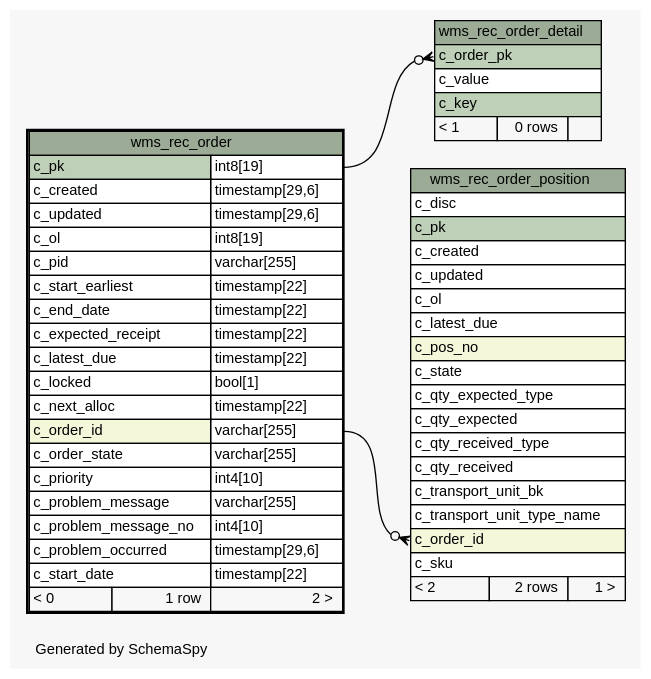
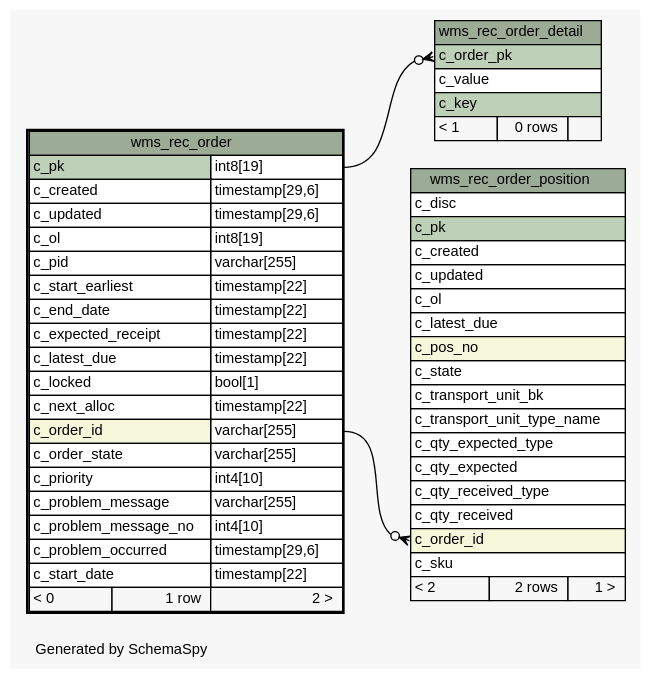
Before and after one commit to openwms/org.openwms.wms.receiving.lib: the diagram in 1.0.0-SNAPSHOT/schemaspy/diagrams/wms_rec_order.1degree.dot, drawn with Graphviz. The commit also changed other lines of this file and 329 other files, not shown here.

```diff
--- a/1.0.0-SNAPSHOT/schemaspy/diagrams/wms_rec_order.1degree.dot
+++ b/1.0.0-SNAPSHOT/schemaspy/diagrams/wms_rec_order.1degree.dot
@@ -1,88 +1,88 @@
 // dot 2.43.0 on Linux 5.8.0-1041-azure
 // SchemaSpy rev Unknown
 digraph "oneDegreeRelationshipsDiagram" {
   graph [
     rankdir="RL"
     bgcolor="#f7f7f7"
     label="\nGenerated by SchemaSpy"
     labeljust="l"
     nodesep="0.18"
     ranksep="0.46"
     fontname="Helvetica"
     fontsize="11"
   ];
   node [
     fontname="Helvetica"
     fontsize="11"
     shape="plaintext"
   ];
   edge [
     arrowsize="0.8"
   ];
   "wms_rec_order_detail":"c_order_pk":w -> "wms_rec_order":"c_pk.type":e [arrowhead=none dir=back arrowtail=crowodot];
   "wms_rec_order_position":"c_order_id":w -> "wms_rec_order":"c_order_id.type":e [arrowhead=none dir=back arrowtail=crowodot];
   "wms_rec_order" [
     label=<
     <TABLE BORDER="2" CELLBORDER="1" CELLSPACING="0" BGCOLOR="#ffffff">
       <TR><TD COLSPAN="3" BGCOLOR="#9bab96" ALIGN="CENTER">wms_rec_order</TD></TR>
       <TR><TD PORT="c_pk" COLSPAN="2" BGCOLOR="#bed1b8" ALIGN="LEFT">c_pk</TD><TD PORT="c_pk.type" ALIGN="LEFT">int8[19]</TD></TR>
       <TR><TD PORT="c_created" COLSPAN="2" ALIGN="LEFT">c_created</TD><TD PORT="c_created.type" ALIGN="LEFT">timestamp[29,6]</TD></TR>
       <TR><TD PORT="c_updated" COLSPAN="2" ALIGN="LEFT">c_updated</TD><TD PORT="c_updated.type" ALIGN="LEFT">timestamp[29,6]</TD></TR>
       <TR><TD PORT="c_ol" COLSPAN="2" ALIGN="LEFT">c_ol</TD><TD PORT="c_ol.type" ALIGN="LEFT">int8[19]</TD></TR>
       <TR><TD PORT="c_pid" COLSPAN="2" ALIGN="LEFT">c_pid</TD><TD PORT="c_pid.type" ALIGN="LEFT">varchar[255]</TD></TR>
       <TR><TD PORT="c_start_earliest" COLSPAN="2" ALIGN="LEFT">c_start_earliest</TD><TD PORT="c_start_earliest.type" ALIGN="LEFT">timestamp[22]</TD></TR>
       <TR><TD PORT="c_end_date" COLSPAN="2" ALIGN="LEFT">c_end_date</TD><TD PORT="c_end_date.type" ALIGN="LEFT">timestamp[22]</TD></TR>
       <TR><TD PORT="c_expected_receipt" COLSPAN="2" ALIGN="LEFT">c_expected_receipt</TD><TD PORT="c_expected_receipt.type" ALIGN="LEFT">timestamp[22]</TD></TR>
       <TR><TD PORT="c_latest_due" COLSPAN="2" ALIGN="LEFT">c_latest_due</TD><TD PORT="c_latest_due.type" ALIGN="LEFT">timestamp[22]</TD></TR>
       <TR><TD PORT="c_locked" COLSPAN="2" ALIGN="LEFT">c_locked</TD><TD PORT="c_locked.type" ALIGN="LEFT">bool[1]</TD></TR>
       <TR><TD PORT="c_next_alloc" COLSPAN="2" ALIGN="LEFT">c_next_alloc</TD><TD PORT="c_next_alloc.type" ALIGN="LEFT">timestamp[22]</TD></TR>
       <TR><TD PORT="c_order_id" COLSPAN="2" BGCOLOR="#f4f7da" ALIGN="LEFT">c_order_id</TD><TD PORT="c_order_id.type" ALIGN="LEFT">varchar[255]</TD></TR>
       <TR><TD PORT="c_order_state" COLSPAN="2" ALIGN="LEFT">c_order_state</TD><TD PORT="c_order_state.type" ALIGN="LEFT">varchar[255]</TD></TR>
       <TR><TD PORT="c_priority" COLSPAN="2" ALIGN="LEFT">c_priority</TD><TD PORT="c_priority.type" ALIGN="LEFT">int4[10]</TD></TR>
       <TR><TD PORT="c_problem_message" COLSPAN="2" ALIGN="LEFT">c_problem_message</TD><TD PORT="c_problem_message.type" ALIGN="LEFT">varchar[255]</TD></TR>
       <TR><TD PORT="c_problem_message_no" COLSPAN="2" ALIGN="LEFT">c_problem_message_no</TD><TD PORT="c_problem_message_no.type" ALIGN="LEFT">int4[10]</TD></TR>
       <TR><TD PORT="c_problem_occurred" COLSPAN="2" ALIGN="LEFT">c_problem_occurred</TD><TD PORT="c_problem_occurred.type" ALIGN="LEFT">timestamp[29,6]</TD></TR>
       <TR><TD PORT="c_start_date" COLSPAN="2" ALIGN="LEFT">c_start_date</TD><TD PORT="c_start_date.type" ALIGN="LEFT">timestamp[22]</TD></TR>
       <TR><TD ALIGN="LEFT" BGCOLOR="#f7f7f7">&lt; 0</TD><TD ALIGN="RIGHT" BGCOLOR="#f7f7f7">1 row</TD><TD ALIGN="RIGHT" BGCOLOR="#f7f7f7">2 &gt;</TD></TR>
     </TABLE>>
     URL="wms_rec_order.html"
     tooltip="wms_rec_order"
   ];
   "wms_rec_order_detail" [
     label=<
     <TABLE BORDER="0" CELLBORDER="1" CELLSPACING="0" BGCOLOR="#ffffff">
       <TR><TD COLSPAN="3" BGCOLOR="#9bab96" ALIGN="CENTER">wms_rec_order_detail</TD></TR>
       <TR><TD PORT="c_order_pk" COLSPAN="3" BGCOLOR="#bed1b8" ALIGN="LEFT">c_order_pk</TD></TR>
       <TR><TD PORT="c_value" COLSPAN="3" ALIGN="LEFT">c_value</TD></TR>
       <TR><TD PORT="c_key" COLSPAN="3" BGCOLOR="#bed1b8" ALIGN="LEFT">c_key</TD></TR>
       <TR><TD ALIGN="LEFT" BGCOLOR="#f7f7f7">&lt; 1</TD><TD ALIGN="RIGHT" BGCOLOR="#f7f7f7">0 rows</TD><TD ALIGN="RIGHT" BGCOLOR="#f7f7f7">  </TD></TR>
     </TABLE>>
     URL="wms_rec_order_detail.html"
     tooltip="wms_rec_order_detail"
   ];
   "wms_rec_order_position" [
     label=<
     <TABLE BORDER="0" CELLBORDER="1" CELLSPACING="0" BGCOLOR="#ffffff">
       <TR><TD COLSPAN="3" BGCOLOR="#9bab96" ALIGN="CENTER">wms_rec_order_position</TD></TR>
       <TR><TD PORT="c_disc" COLSPAN="3" ALIGN="LEFT">c_disc</TD></TR>
       <TR><TD PORT="c_pk" COLSPAN="3" BGCOLOR="#bed1b8" ALIGN="LEFT">c_pk</TD></TR>
       <TR><TD PORT="c_created" COLSPAN="3" ALIGN="LEFT">c_created</TD></TR>
       <TR><TD PORT="c_updated" COLSPAN="3" ALIGN="LEFT">c_updated</TD></TR>
       <TR><TD PORT="c_ol" COLSPAN="3" ALIGN="LEFT">c_ol</TD></TR>
       <TR><TD PORT="c_latest_due" COLSPAN="3" ALIGN="LEFT">c_latest_due</TD></TR>
       <TR><TD PORT="c_pos_no" COLSPAN="3" BGCOLOR="#f4f7da" ALIGN="LEFT">c_pos_no</TD></TR>
       <TR><TD PORT="c_state" COLSPAN="3" ALIGN="LEFT">c_state</TD></TR>
+      <TR><TD PORT="c_transport_unit_bk" COLSPAN="3" ALIGN="LEFT">c_transport_unit_bk</TD></TR>
+      <TR><TD PORT="c_transport_unit_type_name" COLSPAN="3" ALIGN="LEFT">c_transport_unit_type_name</TD></TR>
       <TR><TD PORT="c_qty_expected_type" COLSPAN="3" ALIGN="LEFT">c_qty_expected_type</TD></TR>
       <TR><TD PORT="c_qty_expected" COLSPAN="3" ALIGN="LEFT">c_qty_expected</TD></TR>
       <TR><TD PORT="c_qty_received_type" COLSPAN="3" ALIGN="LEFT">c_qty_received_type</TD></TR>
       <TR><TD PORT="c_qty_received" COLSPAN="3" ALIGN="LEFT">c_qty_received</TD></TR>
-      <TR><TD PORT="c_transport_unit_bk" COLSPAN="3" ALIGN="LEFT">c_transport_unit_bk</TD></TR>
-      <TR><TD PORT="c_transport_unit_type_name" COLSPAN="3" ALIGN="LEFT">c_transport_unit_type_name</TD></TR>
       <TR><TD PORT="c_order_id" COLSPAN="3" BGCOLOR="#f4f7da" ALIGN="LEFT">c_order_id</TD></TR>
       <TR><TD PORT="c_sku" COLSPAN="3" ALIGN="LEFT">c_sku</TD></TR>
       <TR><TD ALIGN="LEFT" BGCOLOR="#f7f7f7">&lt; 2</TD><TD ALIGN="RIGHT" BGCOLOR="#f7f7f7">2 rows</TD><TD ALIGN="RIGHT" BGCOLOR="#f7f7f7">1 &gt;</TD></TR>
     </TABLE>>
     URL="wms_rec_order_position.html"
     tooltip="wms_rec_order_position"
   ];
 }
```
